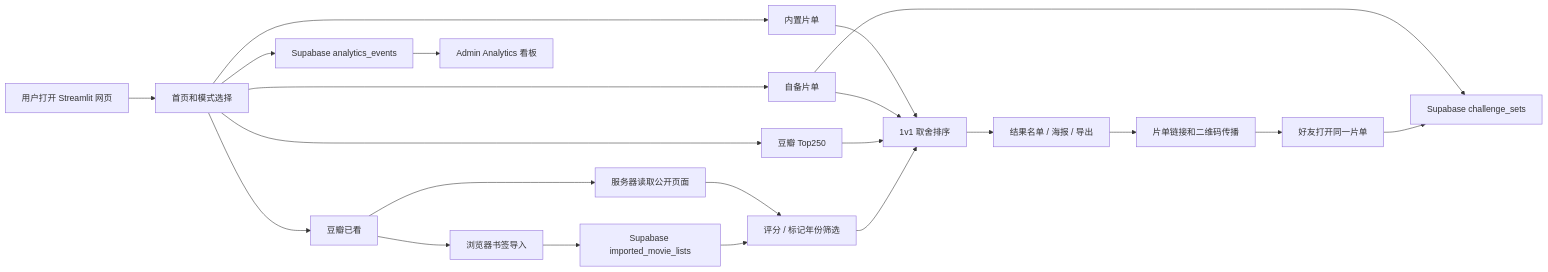
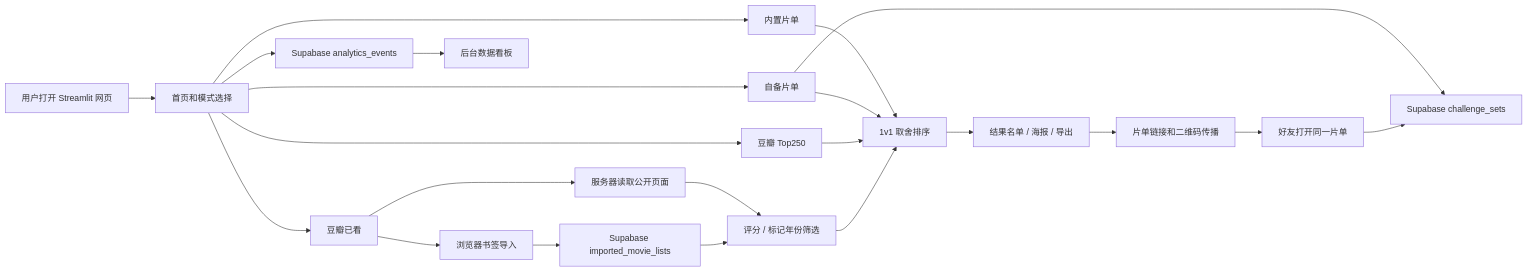
The diagram in README.md (Atirian-Chen/Sort_FilmsGame), drawn with Mermaid before and after one commit. The commit also changed other lines of this file and 7 other files, not shown here.

````diff
--- a/README.md
+++ b/README.md
@@ -86,24 +175,24 @@
 ```mermaid
 flowchart LR
   A["用户打开 Streamlit 网页"] --> B["首页和模式选择"]
   B --> C["内置片单"]
   B --> D["自备片单"]
   B --> E["豆瓣 Top250"]
   B --> F["豆瓣已看"]
   F --> G["服务器读取公开页面"]
   F --> H["浏览器书签导入"]
   G --> P["评分 / 标记年份筛选"]
   H --> J["Supabase imported_movie_lists"]
   J --> P
   C --> I["1v1 取舍排序"]
   D --> I
   E --> I
   P --> I
   I --> K["结果名单 / 海报 / 导出"]
   K --> L["片单链接和二维码传播"]
   L --> M["好友打开同一片单"]
   B --> N["Supabase analytics_events"]
-  N --> Q["Admin Analytics 看板"]
+  N --> Q["后台数据看板"]
   D --> O["Supabase challenge_sets"]
   M --> O
 ```
````
